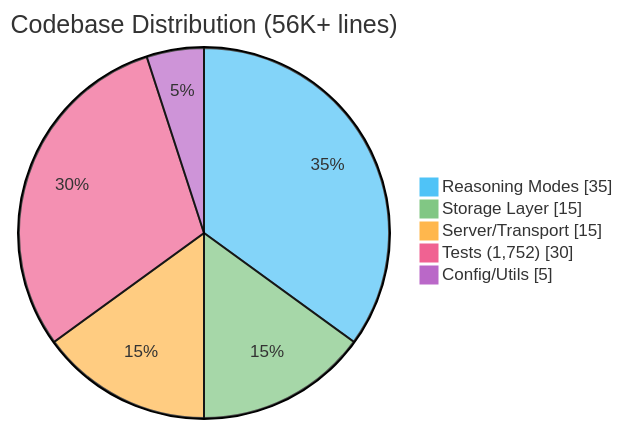
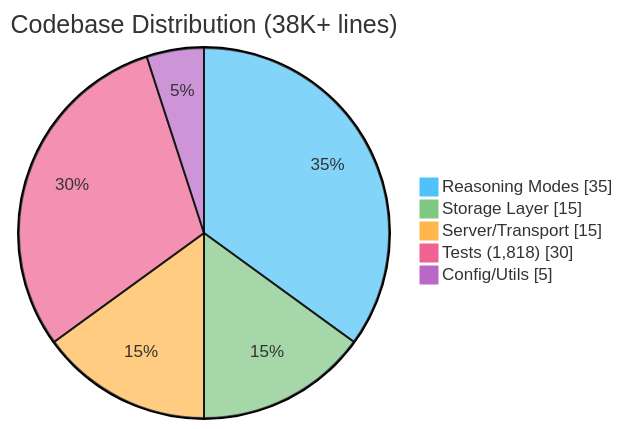
One commit to quanticsoul4772/mcp-reasoning changed the first of 6 diagrams in README.md. Above: the diagram before and after it, drawn with Mermaid. The commit also changed other lines of this file and 2 other files, not shown here.

````diff
--- a/README.md
+++ b/README.md
@@ -10,9 +10,9 @@
 ```mermaid
 %%{init: {'theme': 'base', 'themeVariables': {'pie1': '#4fc3f7', 'pie2': '#81c784', 'pie3': '#ffb74d', 'pie4': '#f06292', 'pie5': '#ba68c8'}}}%%
-pie showData title Codebase Distribution (56K+ lines)
+pie showData title Codebase Distribution (38K+ lines)
     "Reasoning Modes" : 35
     "Storage Layer" : 15
     "Server/Transport" : 15
-    "Tests (1,752)" : 30
+    "Tests (1,818)" : 30
     "Config/Utils" : 5
 ```
````
